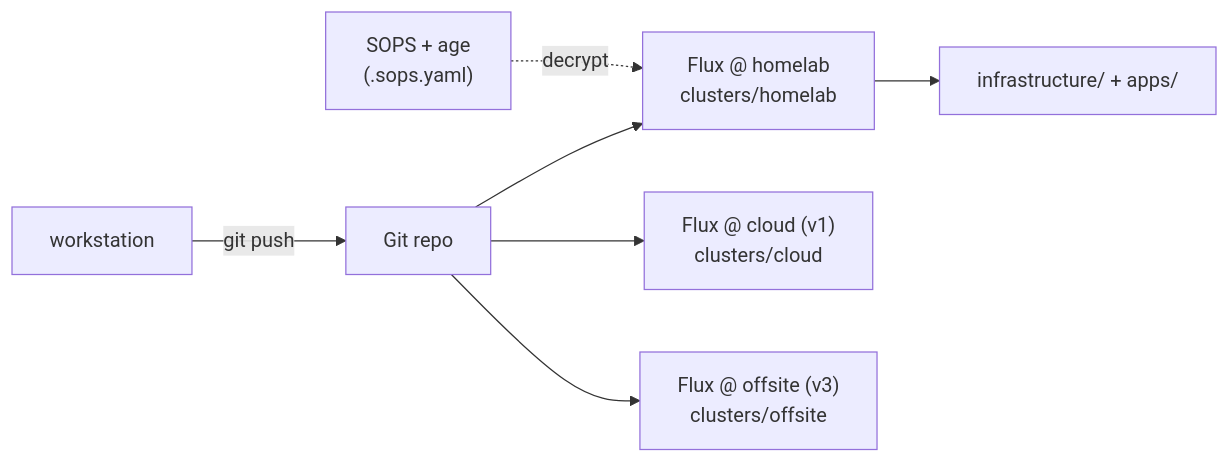
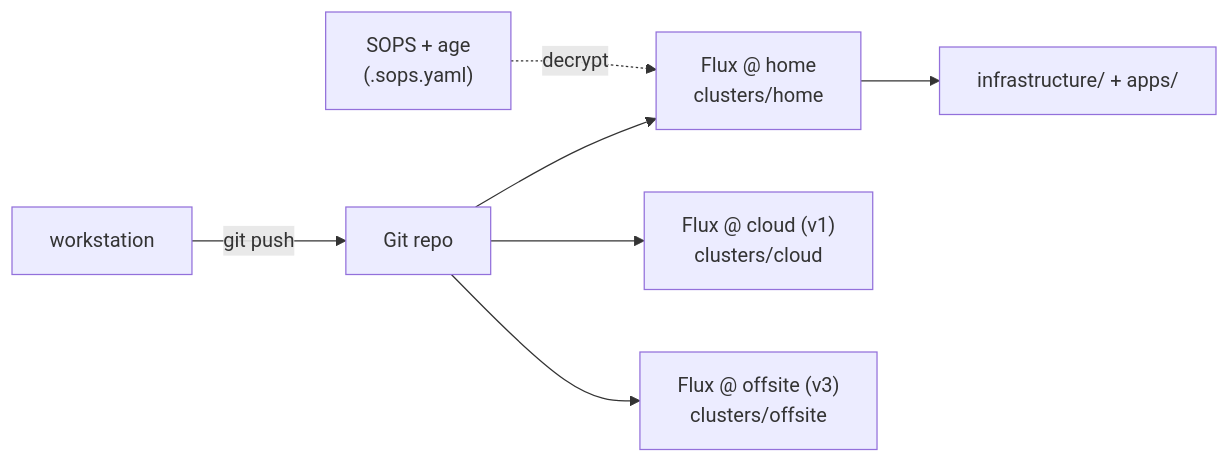
One commit to ngoldack/homelab changed the fifth of 6 diagrams in docs/architecture.md. Above: the diagram before and after it, drawn with Mermaid. The commit also changed other lines of this file and 35 other files, not shown here.

````diff
--- a/docs/architecture.md
+++ b/docs/architecture.md
@@ -157,9 +157,9 @@
 ```mermaid
 flowchart LR
   Dev["workstation"] -->|git push| Repo["Git repo"]
-  Repo --> FHL["Flux @ homelab<br/>clusters/homelab"]
+  Repo --> FHL["Flux @ home<br/>clusters/home"]
   Repo --> FCL["Flux @ cloud (v1)<br/>clusters/cloud"]
   Repo --> FOS["Flux @ offsite (v3)<br/>clusters/offsite"]
   FHL --> KHL["infrastructure/ + apps/"]
   SOPS["SOPS + age<br/>(.sops.yaml)"] -.decrypt.-> FHL
 ```
````
